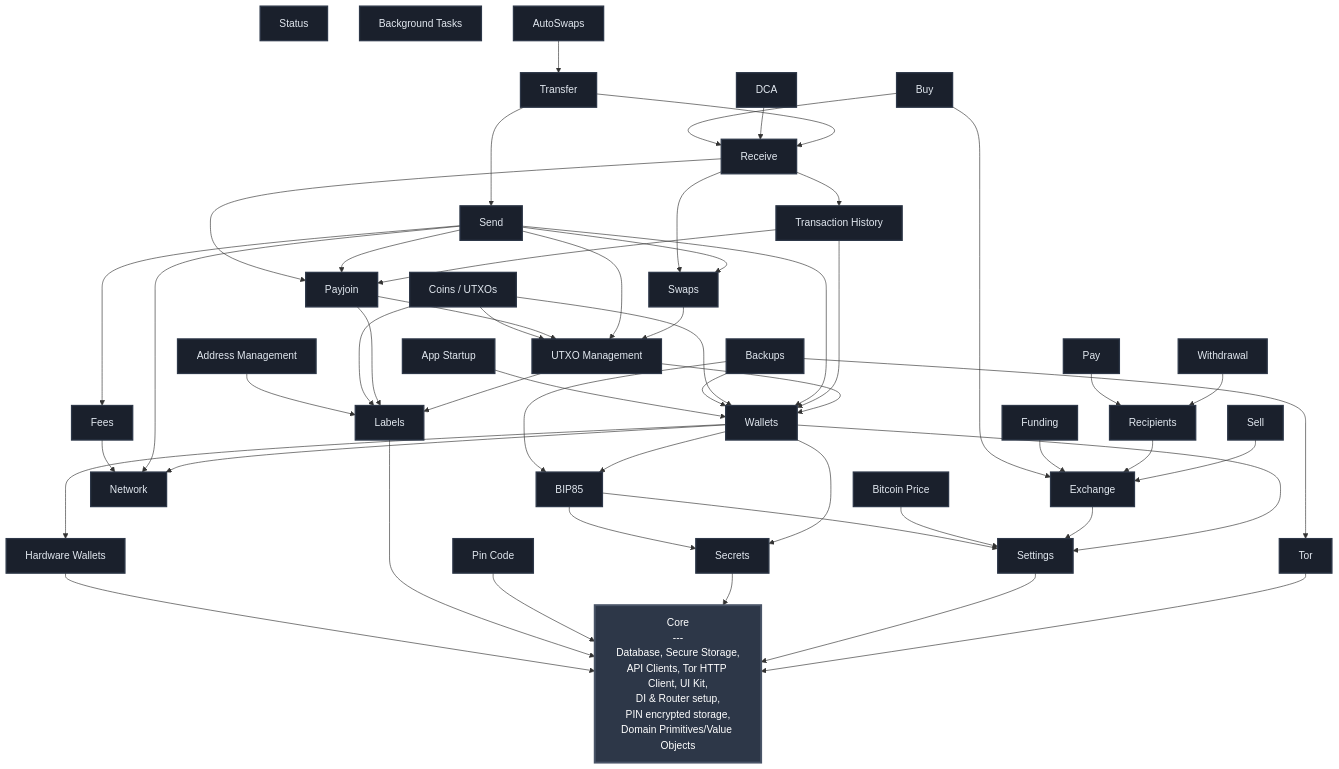
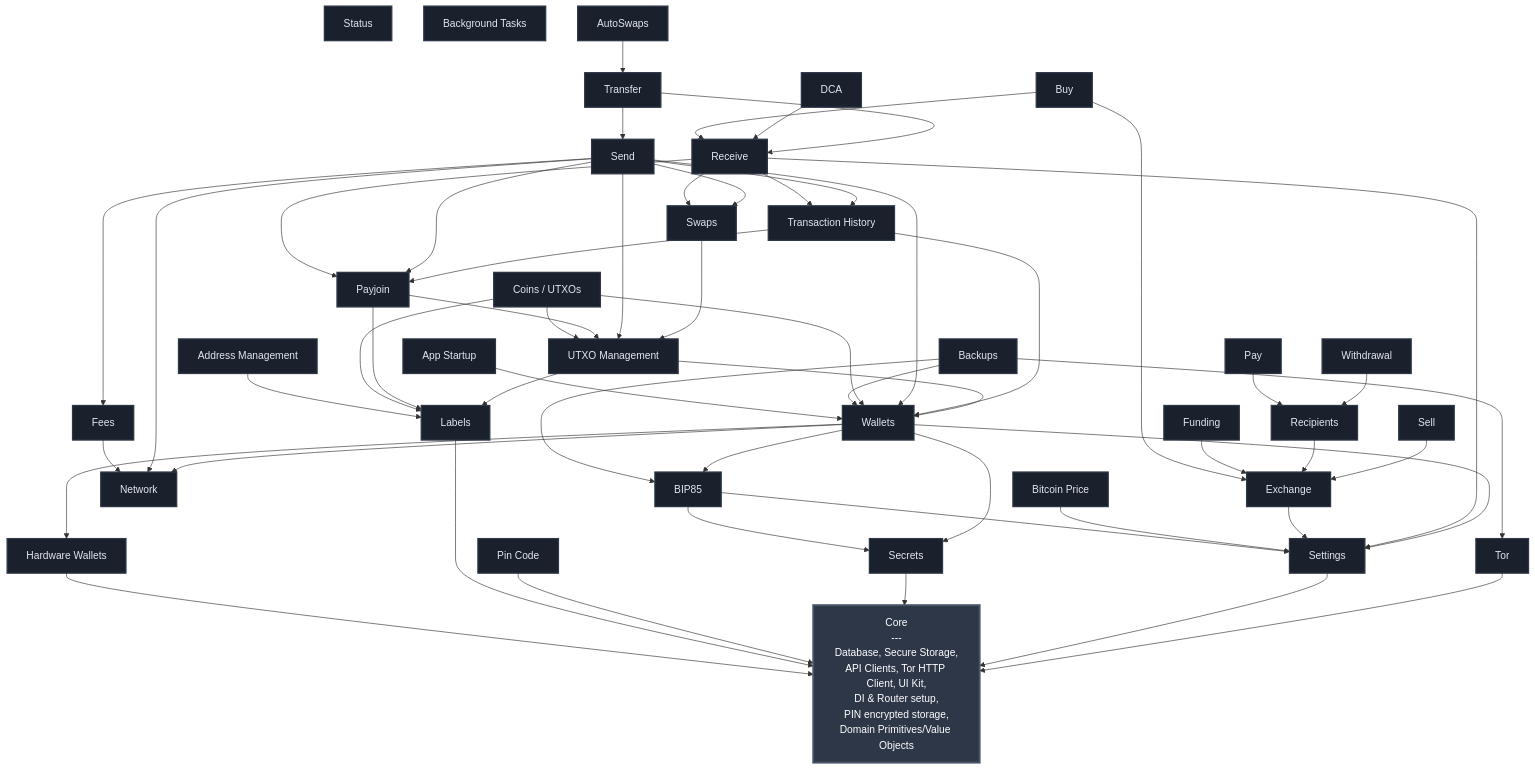
One commit to SatoshiPortal/bullbitcoin-mobile changed the diagram in FEATURES.md. Above: the diagram before and after it, drawn with Mermaid. The commit also changed 11 other files, not shown here.

```diff
--- a/FEATURES.md
+++ b/FEATURES.md
@@ -75,6 +75,7 @@
     PAYJOIN --> LABELS
     PIN_CODE --> CORE
     RECEIVE --> PAYJOIN
+    RECEIVE --> SETTINGS
     RECEIVE --> SWAPS
     RECEIVE --> TX_HISTORY
     RECIPIENTS --> EXCHANGE
@@ -84,6 +85,7 @@
     SEND --> NETWORK
     SEND --> PAYJOIN
     SEND --> SWAPS
+    SEND --> TX_HISTORY
     SEND --> UTXO_MGMT
     SEND --> WALLETS
     SETTINGS --> CORE
```
